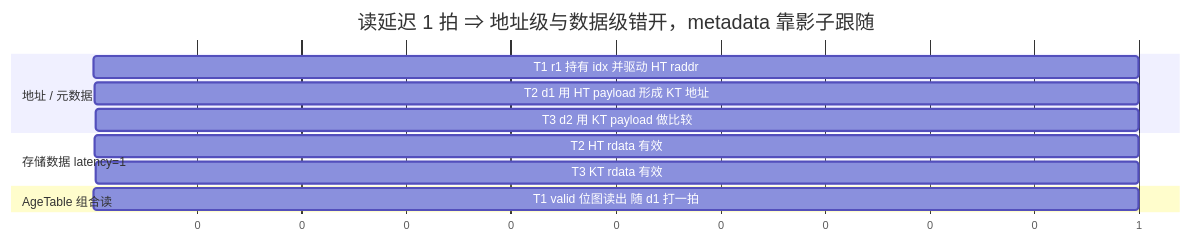
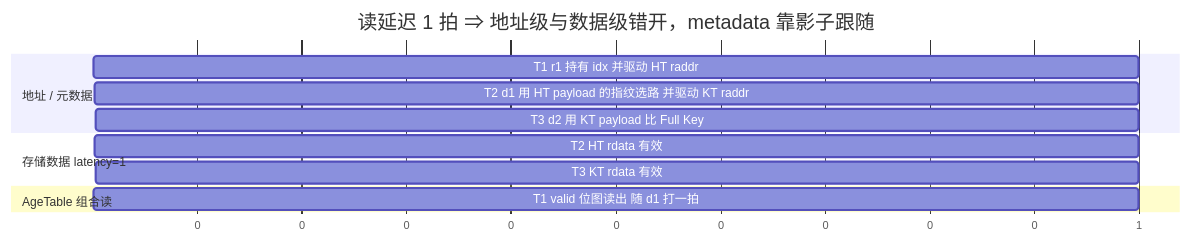
Before and after one commit to RuyeeAI/HardwareDesign: the fourth of 8 diagrams in docs/BaseCbb_设计文档/14_em.md, drawn with Mermaid. The commit also changed other lines of this file and 4 other files, not shown here.

````diff
--- a/docs/BaseCbb_设计文档/14_em.md
+++ b/docs/BaseCbb_设计文档/14_em.md
@@ -244,15 +263,15 @@
 ```mermaid
 gantt
     title 读延迟 1 拍 ⇒ 地址级与数据级错开，metadata 靠影子跟随
     dateFormat X
     axisFormat %s
     section 地址 / 元数据
     T1 r1 持有 idx 并驱动 HT raddr :1, 1
-    T2 d1 用 HT payload 形成 KT 地址 :2, 1
-    T3 d2 用 KT payload 做比较     :3, 1
+    T2 d1 用 HT payload 的指纹选路 并驱动 KT raddr :2, 1
+    T3 d2 用 KT payload 比 Full Key            :3, 1
     section 存储数据 latency=1
     T2 HT rdata 有效               :2, 1
     T3 KT rdata 有效               :3, 1
     section AgeTable 组合读
     T1 valid 位图读出 随 d1 打一拍  :1, 1
 ```
````
